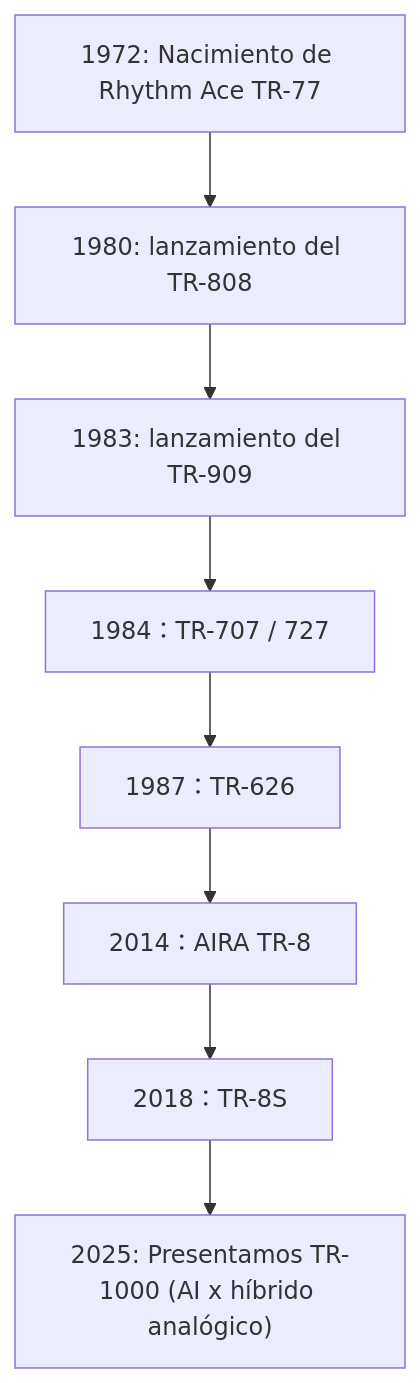
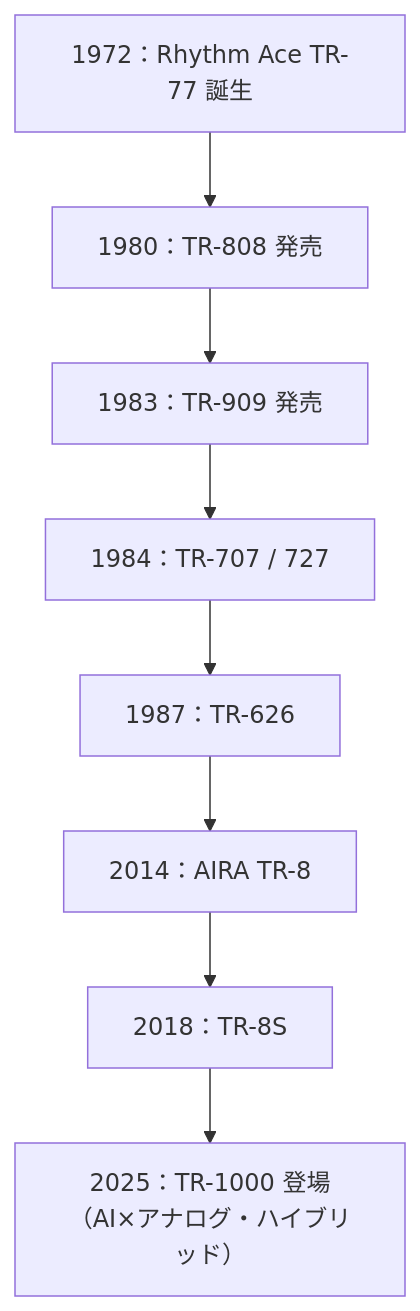
Before and after one commit to monumental-movement/monumental-movement.github.io: the diagram in es/_posts/2025-10-10-Colum-Roland-TR-1000.md, drawn with Mermaid. The commit also changed other lines of this file and 299 other files, not shown here.

```diff
--- a/es/_posts/2025-10-10-Colum-Roland-TR-1000.md
+++ b/es/_posts/2025-10-10-Colum-Roland-TR-1000.md
@@ -149,15 +149,15 @@
 <div class="mermaid">
 
 flowchart TD
-    A1972["1972: Nacimiento de Rhythm Ace TR-77"]
-    A1980["1980: lanzamiento del TR-808"]
-    A1983["1983: lanzamiento del TR-909"]
+    A1972["1972：Rhythm Ace TR-77 誕生"]
+    A1980["1980：TR-808 発売"]
+    A1983["1983：TR-909 発売"]
     A1984["1984：TR-707 / 727"]
     A1987["1987：TR-626"]
     A2014["2014：AIRA TR-8"]
     A2018["2018：TR-8S"]
-    A2025["2025: Presentamos TR-1000 (AI x híbrido analógico)"]
+    A2025["2025：TR-1000 登場（AI×アナログ・ハイブリッド）"]
 
     A1972 --> A1980 --> A1983 --> A1984 --> A1987 --> A2014 --> A2018 --> A2025
 
 </div>
```
